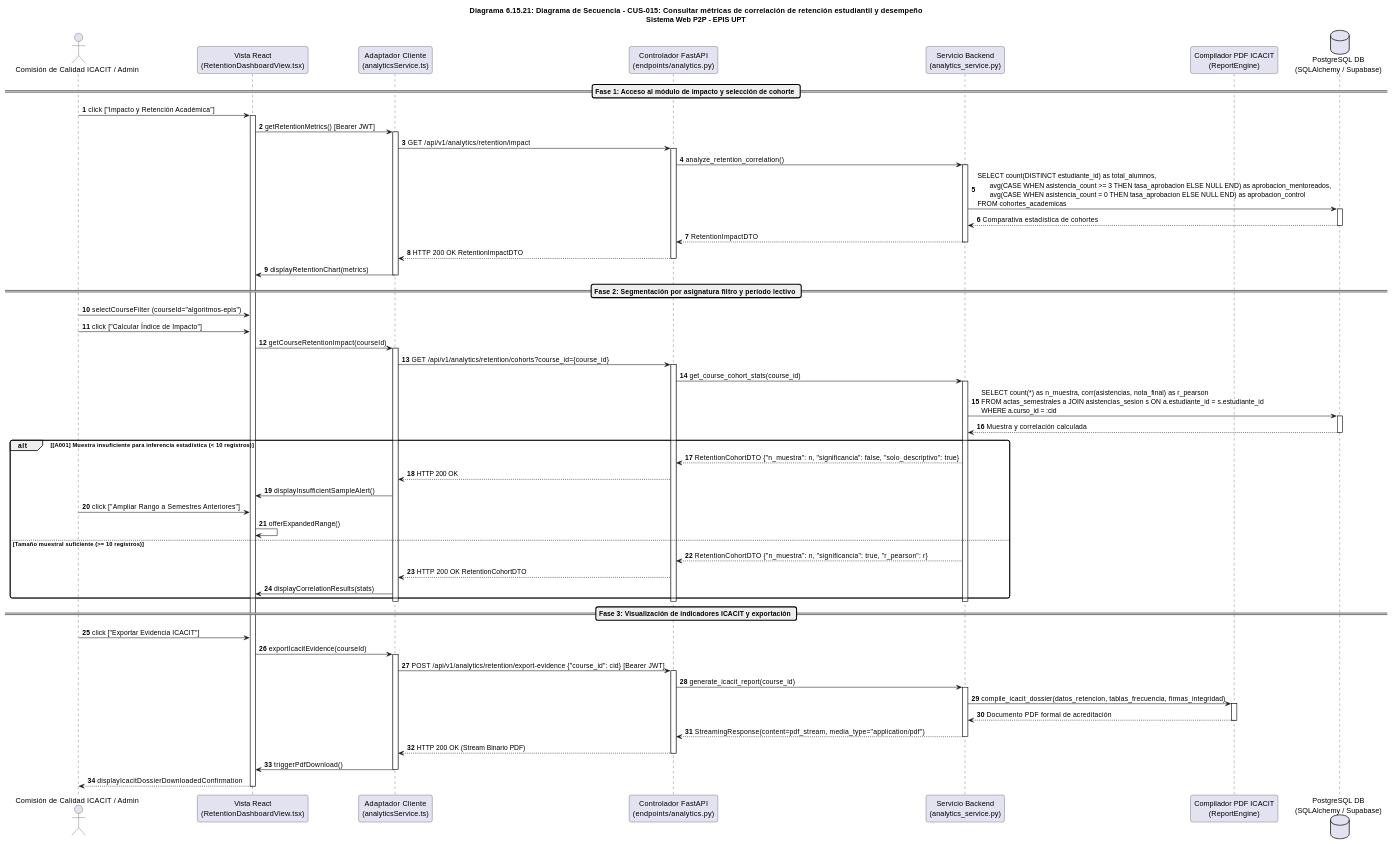
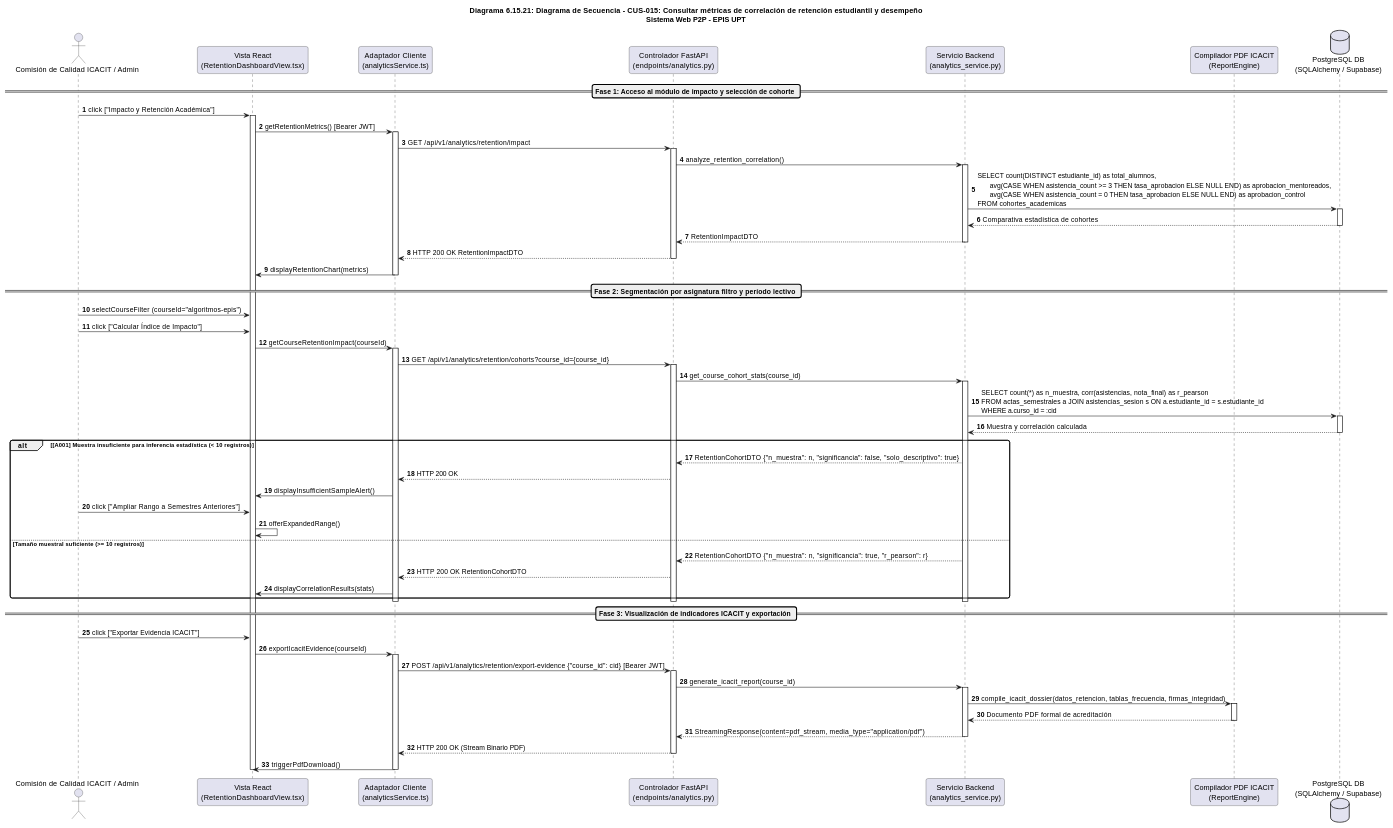
Before and after one commit to JMedina255/sistema_web_p2p: diagram 22 of 25 in docs/diseño/DIAGRAMAS_DE_SECUENCIA_CONSOLIDADOS.md, drawn with PlantUML. The commit also changed other lines of this file and 1 other file, not shown here.

Commit message:
docs(diseño): alinear diagramas de secuencia con estándar Visual Paradigm y flujo de vista estricto

````diff
--- a/docs/diseño/DIAGRAMAS_DE_SECUENCIA_CONSOLIDADOS.md
+++ b/docs/diseño/DIAGRAMAS_DE_SECUENCIA_CONSOLIDADOS.md
@@ -2617,7 +2587,6 @@
 deactivate API
 Client -> UI: triggerPdfDownload()
 deactivate Client
-UI --> Evaluador: displayIcacitDossierDownloadedConfirmation
 deactivate UI
 @enduml
 ```
````
